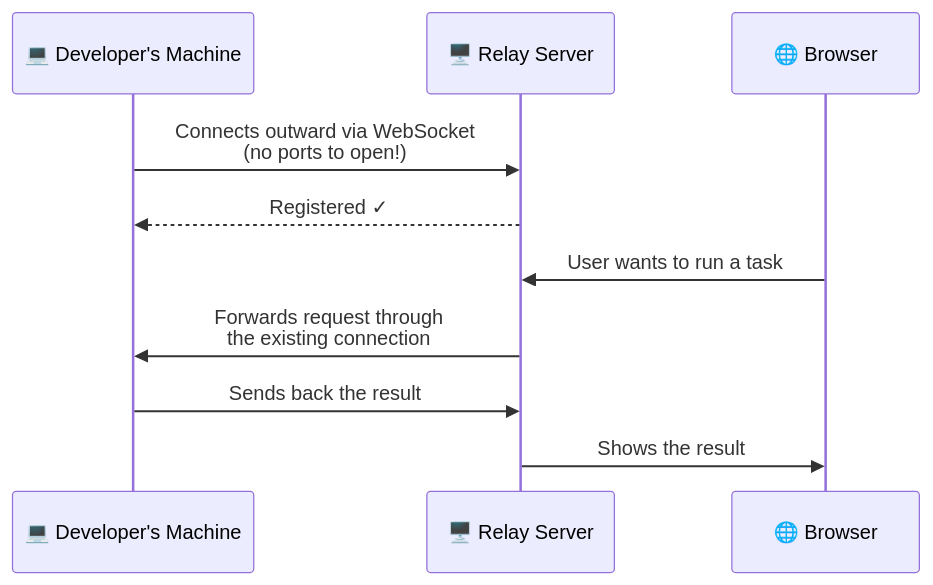
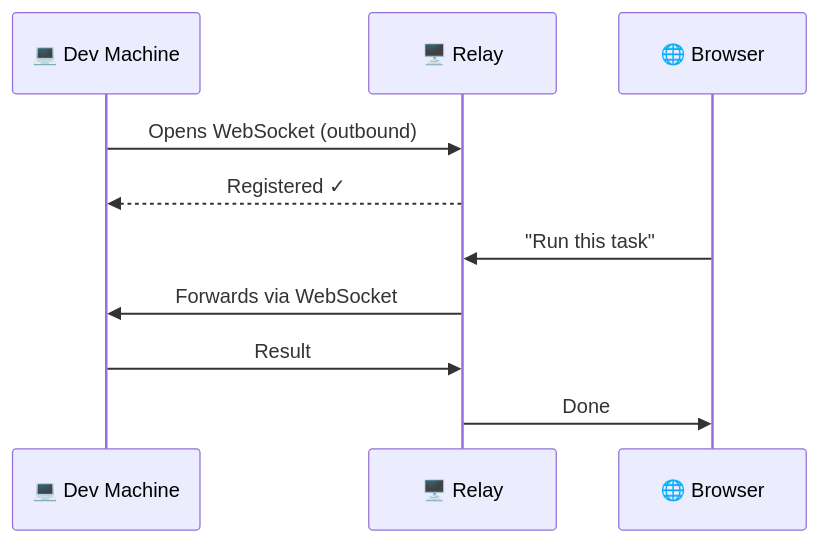
One commit to gabrielbelli/vibekanban-deploy changed the third of 3 diagrams in README.md. Above: the diagram before and after it, drawn with Mermaid. The commit also changed other lines of this file, not shown here.

````diff
--- a/README.md
+++ b/README.md
@@ -51,14 +70,13 @@
 ```mermaid
 sequenceDiagram
-    participant dev as 💻 Developer's Machine
-    participant relay as 🖥️ Relay Server
+    participant dev as 💻 Dev Machine
+    participant relay as 🖥️ Relay
     participant browser as 🌐 Browser
 
-    dev->>relay: Connects outward via WebSocket<br/>(no ports to open!)
+    dev->>relay: Opens WebSocket (outbound)
     relay-->>dev: Registered ✓
-
-    browser->>relay: User wants to run a task
-    relay->>dev: Forwards request through<br/>the existing connection
-    dev->>relay: Sends back the result
-    relay->>browser: Shows the result
+    browser->>relay: "Run this task"
+    relay->>dev: Forwards via WebSocket
+    dev->>relay: Result
+    relay->>browser: Done
 ```
````
